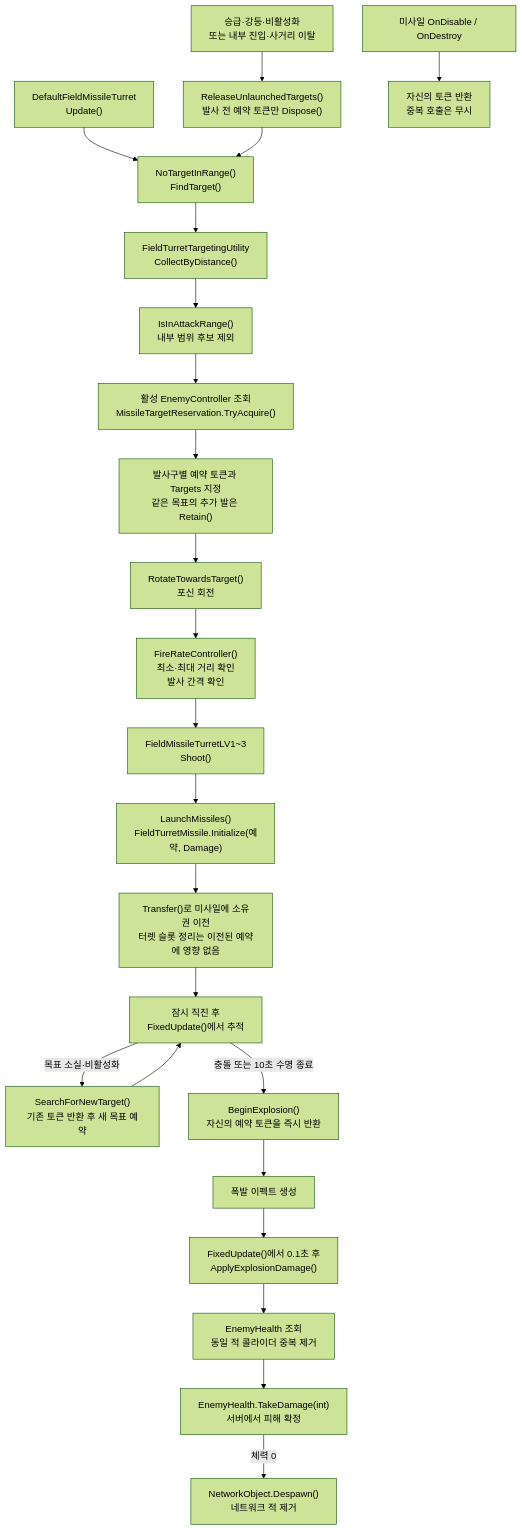
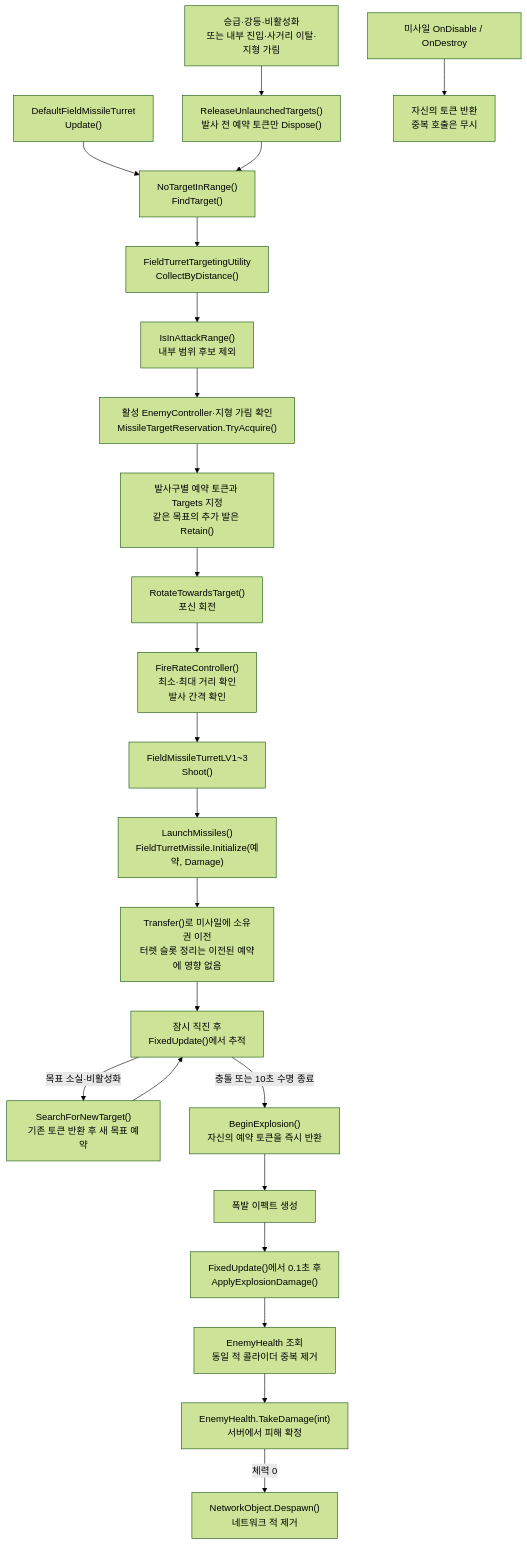
One commit to Team-HJD-21/unity-6-the-developer changed the tenth of 17 diagrams in Docs/02_architecture/07_turrets/turret-system-guide.md. Above: the diagram before and after it, drawn with Mermaid (forest theme). The commit also changed other lines of this file and 51 other files, not shown here.

````diff
--- a/Docs/02_architecture/07_turrets/turret-system-guide.md
+++ b/Docs/02_architecture/07_turrets/turret-system-guide.md
@@ -468,25 +472,25 @@
 ```mermaid
 flowchart TD
     Update["DefaultFieldMissileTurret<br>Update()"] --> Search["NoTargetInRange()<br>FindTarget()"]
     Search --> Collect["FieldTurretTargetingUtility<br>CollectByDistance()"]
     Collect --> RangeCheck["IsInAttackRange()<br>내부 범위 후보 제외"]
-    RangeCheck --> Filter["활성 EnemyController 조회<br>MissileTargetReservation.TryAcquire()"]
+    RangeCheck --> Filter["활성 EnemyController·지형 가림 확인<br>MissileTargetReservation.TryAcquire()"]
     Filter --> Targets["발사구별 예약 토큰과 Targets 지정<br>같은 목표의 추가 발은 Retain()"]
     Targets --> Rotate["RotateTowardsTarget()<br>포신 회전"]
     Rotate --> Fire["FireRateController()<br>최소·최대 거리 확인<br>발사 간격 확인"]
     Fire --> Shoot["FieldMissileTurretLV1~3<br>Shoot()"]
     Shoot --> Init["LaunchMissiles()<br>FieldTurretMissile.Initialize(예약, Damage)"]
     Init --> Transfer["Transfer()로 미사일에 소유권 이전<br>터렛 슬롯 정리는 이전된 예약에 영향 없음"]
-    Change["승급·강등·비활성화<br>또는 내부 진입·사거리 이탈"] --> Release["ReleaseUnlaunchedTargets()<br>발사 전 예약 토큰만 Dispose()"]
+    Change["승급·강등·비활성화<br>또는 내부 진입·사거리 이탈·지형 가림"] --> Release["ReleaseUnlaunchedTargets()<br>발사 전 예약 토큰만 Dispose()"]
     Release --> Search
     Transfer --> Straight["잠시 직진 후<br>FixedUpdate()에서 추적"]
     Straight -->|목표 소실·비활성화| Retarget["SearchForNewTarget()<br>기존 토큰 반환 후 새 목표 예약"]
     Retarget --> Straight
     Straight -->|충돌 또는 10초 수명 종료| Unreserve["BeginExplosion()<br>자신의 예약 토큰을 즉시 반환"]
     Disabled["미사일 OnDisable / OnDestroy"] --> Cleanup["자신의 토큰 반환<br>중복 호출은 무시"]
     Unreserve --> Explosion["폭발 이펙트 생성"]
     Explosion --> Area["FixedUpdate()에서 0.1초 후<br>ApplyExplosionDamage()"]
     Area --> Health["EnemyHealth 조회<br>동일 적 콜라이더 중복 제거"]
     Health --> Damage["EnemyHealth.TakeDamage(int)<br>서버에서 피해 확정"]
     Damage -->|체력 0| Die["NetworkObject.Despawn()<br>네트워크 적 제거"]
 ```
````
